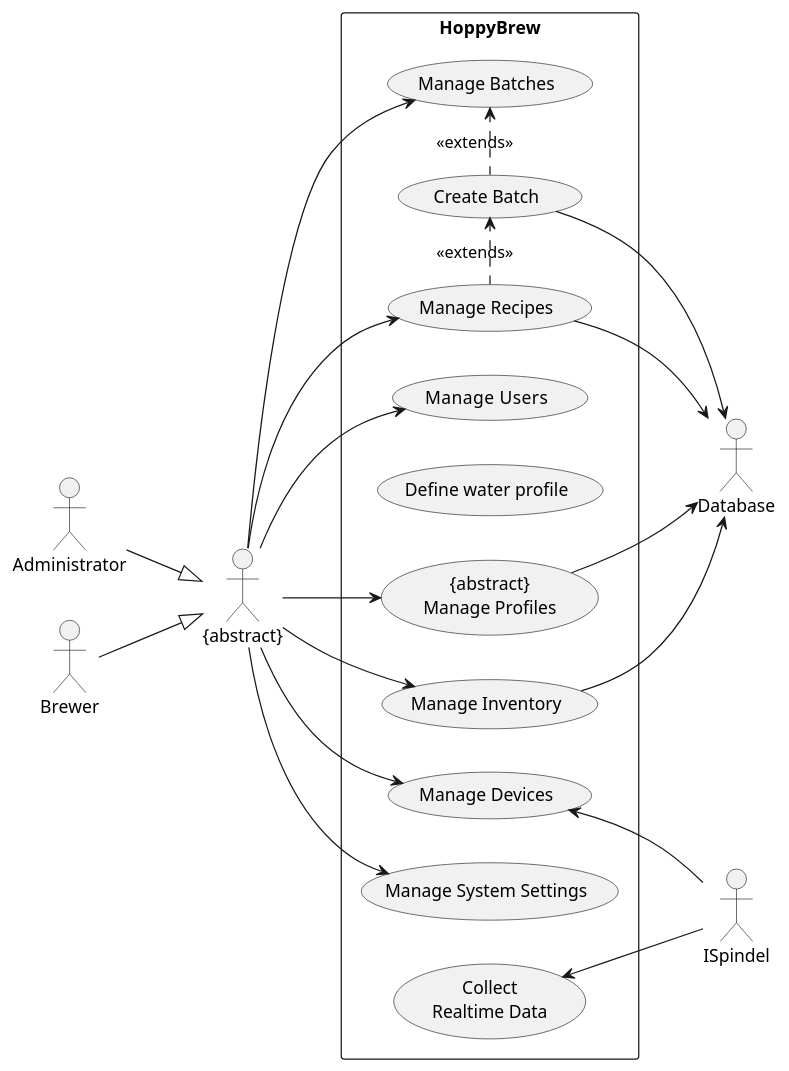
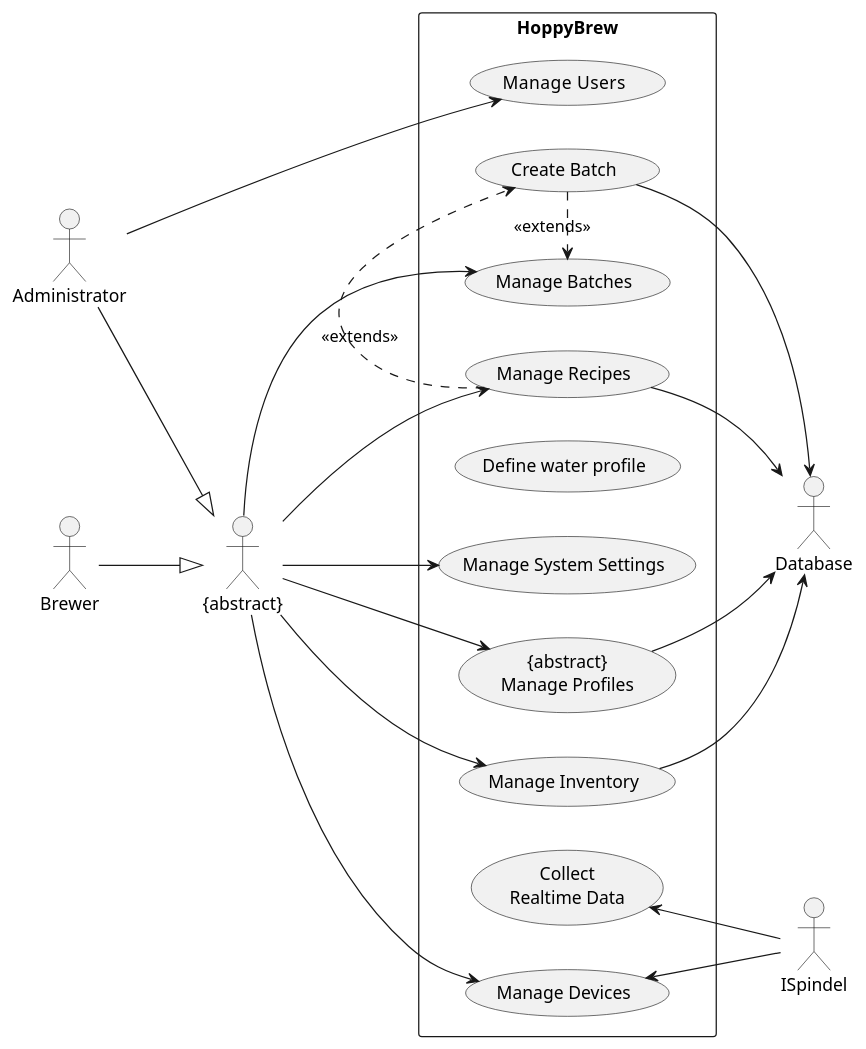
Before and after one commit to asbor/iu-project-software-engineering: the diagram in documents/01-Conception-Phase/chapters/01_Introduction_and_Goals.md, drawn with PlantUML. The commit also changed 20 other files, not shown here.

````diff
--- a/documents/01-Conception-Phase/chapters/01_Introduction_and_Goals.md
+++ b/documents/01-Conception-Phase/chapters/01_Introduction_and_Goals.md
@@ -59,50 +59,50 @@
 ```plantuml
 @startuml 01-Use-Case-Diagram
 
 left to right direction
 
 actor Administrator as Admin
 actor Brewer as Brewer
 actor Database as DB
 actor ISpindel as ISpindel
 actor "{abstract}" as AbstractUser
 
 Admin --|> AbstractUser
 Brewer --|> AbstractUser
 
 rectangle "HoppyBrew" as HoppyBrew {
     usecase "Manage  Users" as ManageUsers
     usecase "Manage Recipes" as ManageRecipes
     usecase "Define water profile" as DefineWaterProfile
     usecase "Create Batch" as CreateBatch
     usecase "Manage Batches" as ManageBatches
     usecase "{abstract}\nManage Profiles" as ManageProfiles
     usecase "Manage Devices" as ManageDevices
     usecase "Manage Inventory" as ManageInventory
     usecase "Manage System Settings" as ManageSystemSettings
     usecase "Collect\nRealtime Data" as CollectRealtimeData
 
-    AbstractUser --> ManageUsers
+    Admin --> ManageUsers
     AbstractUser --> ManageRecipes
     AbstractUser --> ManageBatches
     AbstractUser --> ManageProfiles
     AbstractUser --> ManageDevices
     AbstractUser --> ManageInventory
     AbstractUser --> ManageSystemSettings
 
     CreateBatch .> ManageBatches : <<extends>>
 
     ManageRecipes .> CreateBatch : <<extends>>
     CreateBatch --> DB
 
 }
 
     ManageInventory --> DB
     ManageRecipes --> DB
     ManageProfiles --> DB
     
     ManageDevices <-- ISpindel
     CollectRealtimeData <-- ISpindel
     
 @enduml
 ```
````
